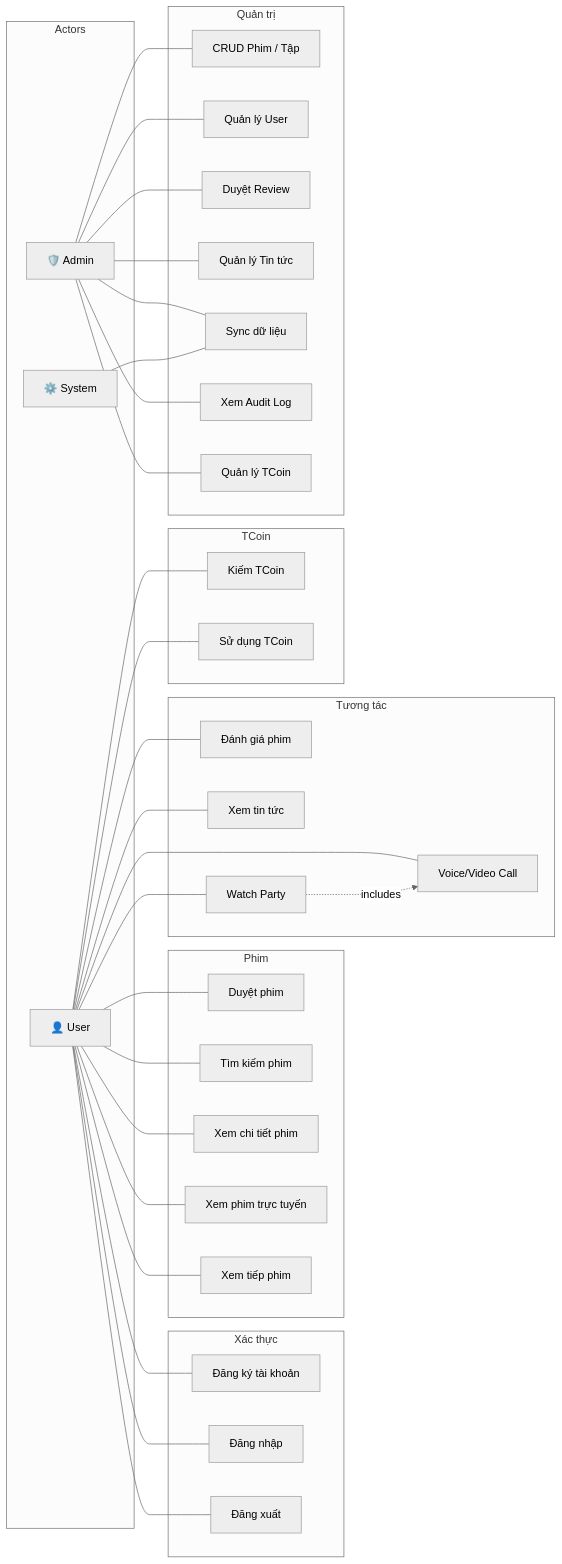
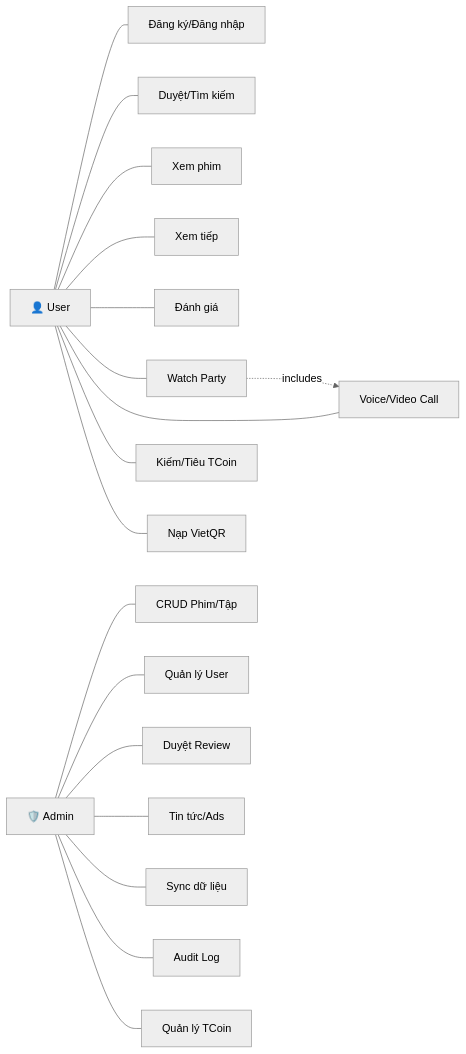
Before and after one commit to Terence-0310/TERENCE: the eighth of 10 diagrams in README.md, drawn with Mermaid (neutral theme). The commit also changed other lines of this file and 134 other files, not shown here.

````diff
--- a/README.md
+++ b/README.md
@@ -611,54 +758,10 @@
 ```mermaid
 graph LR
-    subgraph Actors
-        USER["👤 User"]
-        ADMIN["🛡️ Admin"]
-        SYSTEM["⚙️ System"]
-    end
-
-    subgraph UC_Auth["Xác thực"]
-        A1["Đăng ký tài khoản"]
-        A2["Đăng nhập"]
-        A3["Đăng xuất"]
-    end
-
-    subgraph UC_Movie["Phim"]
-        M1["Duyệt phim"]
-        M2["Tìm kiếm phim"]
-        M3["Xem chi tiết phim"]
-        M4["Xem phim trực tuyến"]
-        M5["Xem tiếp phim"]
-    end
-
-    subgraph UC_Social["Tương tác"]
-        S1["Đánh giá phim"]
-        S2["Xem tin tức"]
-        S3["Watch Party"]
-        S4["Voice/Video Call"]
-    end
-
-    subgraph UC_TCoin["TCoin"]
-        T1["Kiếm TCoin"]
-        T2["Sử dụng TCoin"]
-    end
-
-    subgraph UC_Admin["Quản trị"]
-        AD1["CRUD Phim / Tập"]
-        AD2["Quản lý User"]
-        AD3["Duyệt Review"]
-        AD4["Quản lý Tin tức"]
-        AD5["Sync dữ liệu"]
-        AD6["Xem Audit Log"]
-        AD7["Quản lý TCoin"]
-    end
-
-    USER --- A1 & A2 & A3
-    USER --- M1 & M2 & M3 & M4 & M5
-    USER --- S1 & S2 & S3 & S4
-    USER --- T1 & T2
-
-    ADMIN --- AD1 & AD2 & AD3 & AD4 & AD5 & AD6 & AD7
-
-    SYSTEM --- AD5
-    S3 -.->|"includes"| S4
+    USER["👤 User"] --- A1["Đăng ký/Đăng nhập"]
+    USER --- M1["Duyệt/Tìm kiếm"] & M4["Xem phim"] & M5["Xem tiếp"]
+    USER --- S1["Đánh giá"] & S3["Watch Party"] & S4["Voice/Video Call"]
+    USER --- T1["Kiếm/Tiêu TCoin"] & T2["Nạp VietQR"]
+    ADMIN["🛡️ Admin"] --- AD1["CRUD Phim/Tập"] & AD2["Quản lý User"] & AD3["Duyệt Review"]
+    ADMIN --- AD4["Tin tức/Ads"] & AD5["Sync dữ liệu"] & AD6["Audit Log"] & AD7["Quản lý TCoin"]
+    S3 -.includes.-> S4
 ```
````
